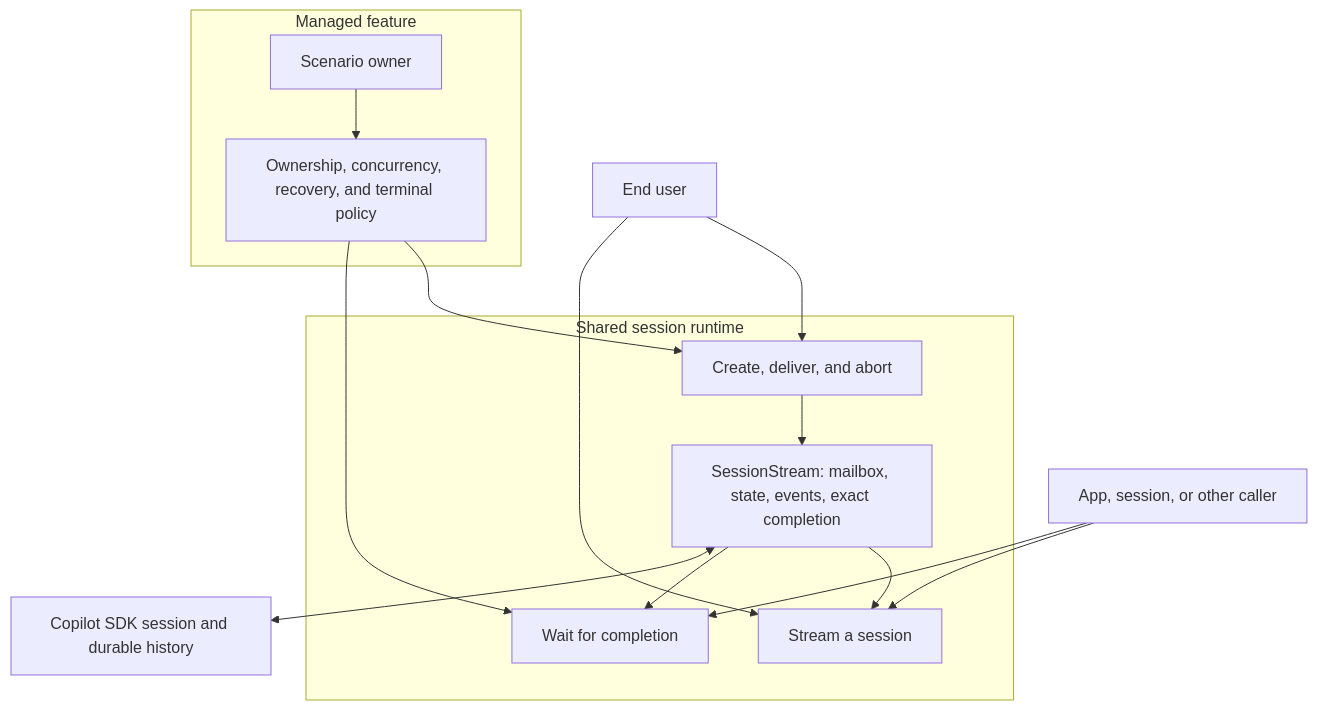
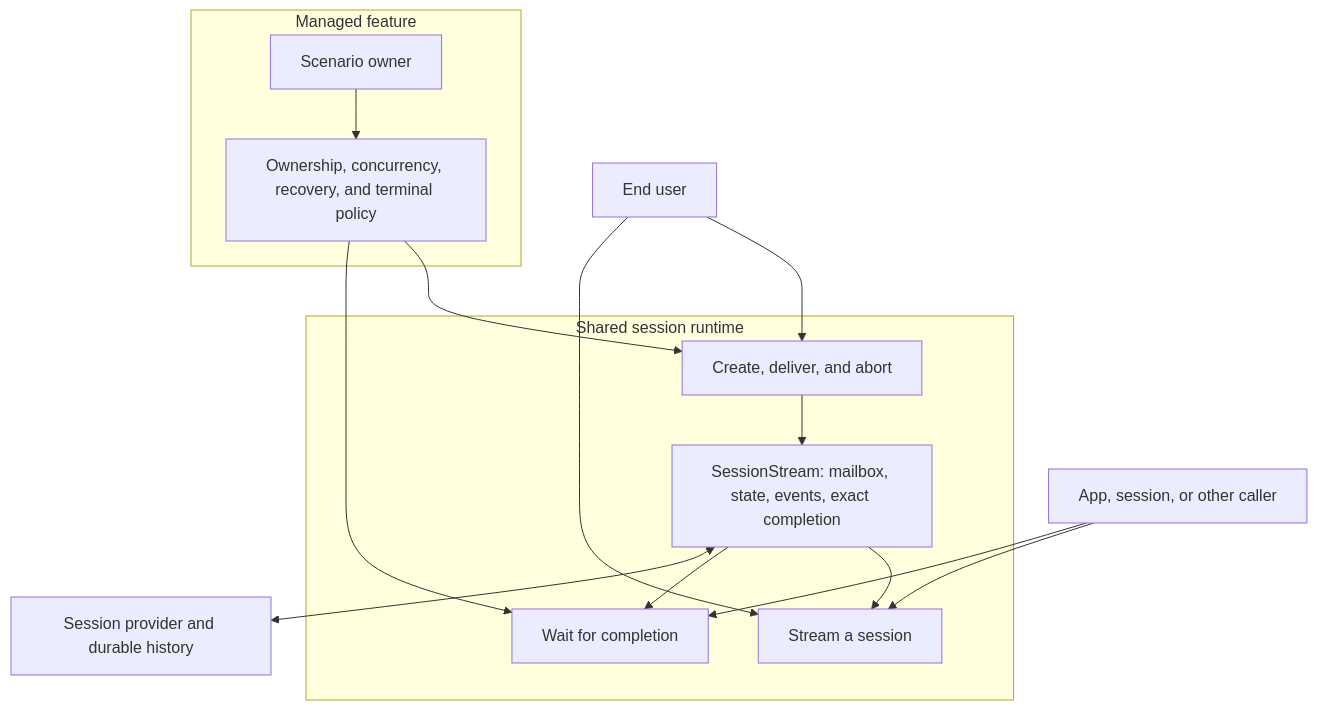
The diagram in src/features/sessions/server/runtime/AGENTS.md (lostintangent/toy-box), drawn with Mermaid before and after one commit. The commit also changed other lines of this file and 256 other files, not shown here.

````diff
--- a/src/features/sessions/server/runtime/AGENTS.md
+++ b/src/features/sessions/server/runtime/AGENTS.md
@@ -7,28 +7,28 @@
 ```mermaid
 flowchart TB
     User[End user] --> Operations
     User --> Streaming
     Caller[App, session, or other caller] --> Streaming
     Caller --> Waiting
 
     subgraph Supervisors[Managed feature]
         Owner[Scenario owner]
         Policy[Ownership, concurrency, recovery, and terminal policy]
         Owner --> Policy
     end
 
     Policy --> Operations
     Policy --> Waiting
 
     subgraph Runtime[Shared session runtime]
         Operations[Create, deliver, and abort]
         Streaming[Stream a session]
         Waiting[Wait for completion]
         Process[SessionStream: mailbox, state, events, exact completion]
         Operations --> Process
         Process --> Streaming
         Process --> Waiting
     end
 
-    Process <--> SDK[Copilot SDK session and durable history]
+    Process <--> Provider[Session provider and durable history]
 ```
````
